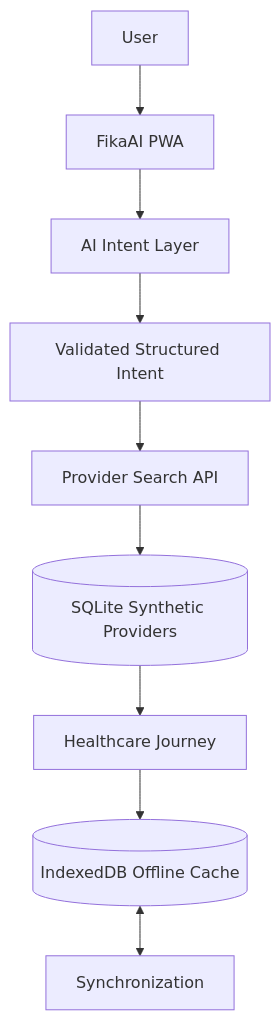
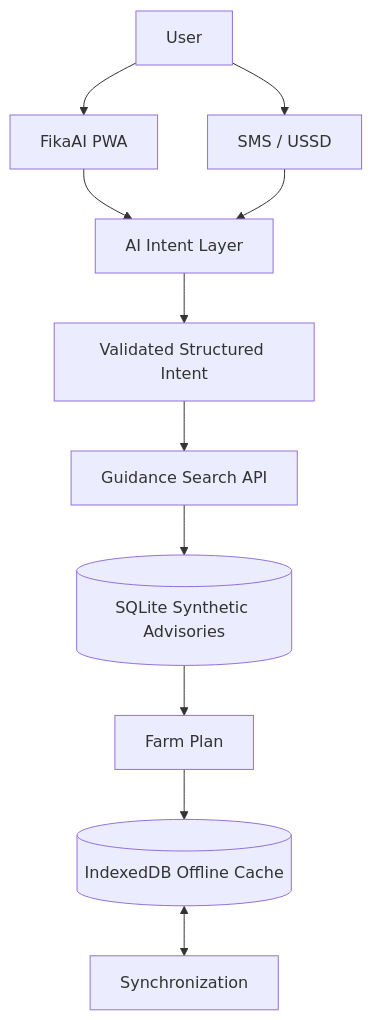
One commit to Juniormaina/FikaAI changed the diagram in README.md. Above: the diagram before and after it, drawn with Mermaid. The commit also changed other lines of this file and 39 other files, not shown here.

````diff
--- a/README.md
+++ b/README.md
@@ -88,11 +105,13 @@
 ```mermaid
 flowchart TD
   User --> PWA[FikaAI PWA]
+  User --> Phone[SMS / USSD]
   PWA --> Intent[AI Intent Layer]
+  Phone --> Intent
   Intent --> Validated[Validated Structured Intent]
-  Validated --> Search[Provider Search API]
-  Search --> DB[(SQLite Synthetic Providers)]
-  DB --> Journey[Healthcare Journey]
-  Journey --> IDB[(IndexedDB Offline Cache)]
+  Validated --> Search[Guidance Search API]
+  Search --> DB[(SQLite Synthetic Advisories)]
+  DB --> Plan[Farm Plan]
+  Plan --> IDB[(IndexedDB Offline Cache)]
   IDB <--> Sync[Synchronization]
 ```
````
